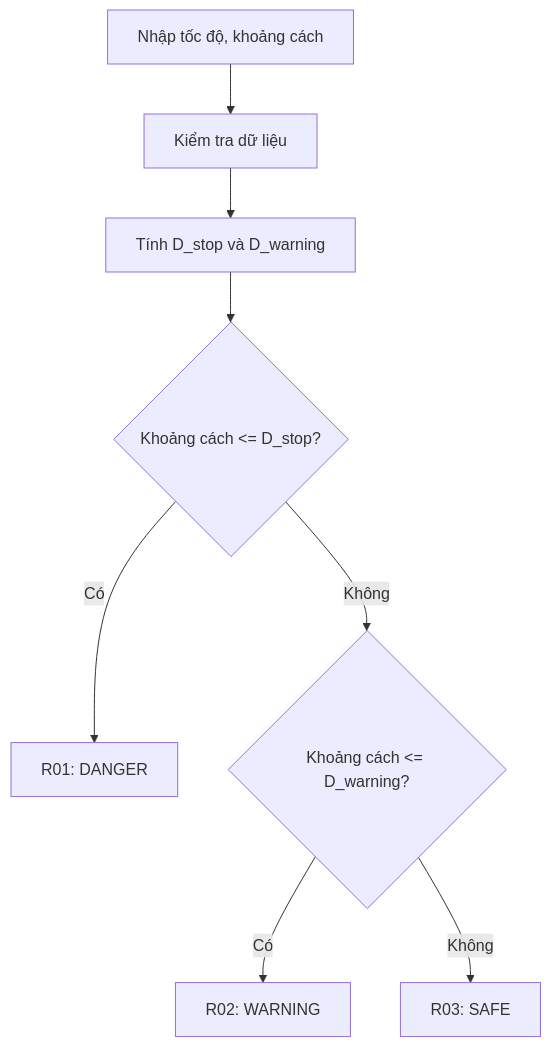
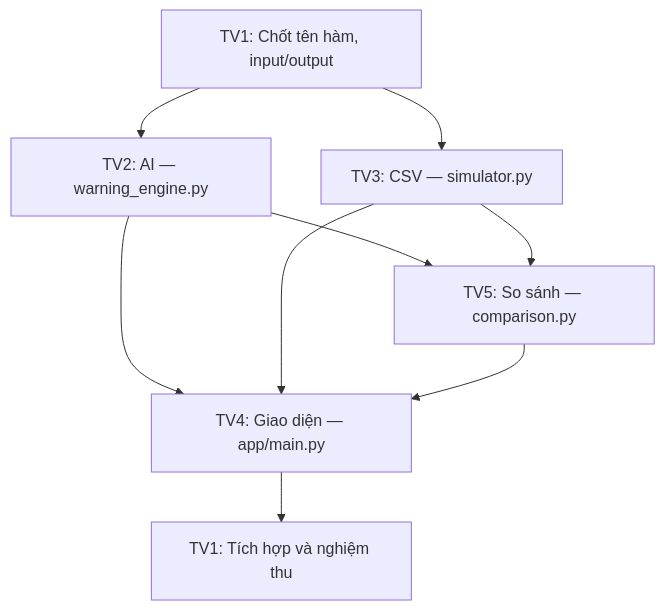
One commit to foxyy163/Mo-phong-he-thong-canh-bao-va-cham-TTNT changed the diagram in README.md. Above: the diagram before and after it, drawn with Mermaid. The commit also changed other lines of this file, not shown here.

Commit message:
docs: rewrite README with dependency flow, frozen module interfaces and main-only workflow

````diff
--- a/README.md
+++ b/README.md
@@ -31,10 +23,11 @@
 ```mermaid
 flowchart TD
-    A["Nhập tốc độ, khoảng cách"] --> B["Kiểm tra dữ liệu"]
-    B --> C["Tính D_stop và D_warning"]
-    C --> D{"Khoảng cách <= D_stop?"}
-    D -->|Có| E["R01: DANGER"]
-    D -->|Không| F{"Khoảng cách <= D_warning?"}
-    F -->|Có| G["R02: WARNING"]
-    F -->|Không| H["R03: SAFE"]
+    A["TV1: Chốt tên hàm, input/output"] --> B["TV2: AI — warning_engine.py"]
+    A --> C["TV3: CSV — simulator.py"]
+    B --> D["TV5: So sánh — comparison.py"]
+    C --> D
+    B --> E["TV4: Giao diện — app/main.py"]
+    C --> E
+    D --> E
+    E --> F["TV1: Tích hợp và nghiệm thu"]
 ```
````
